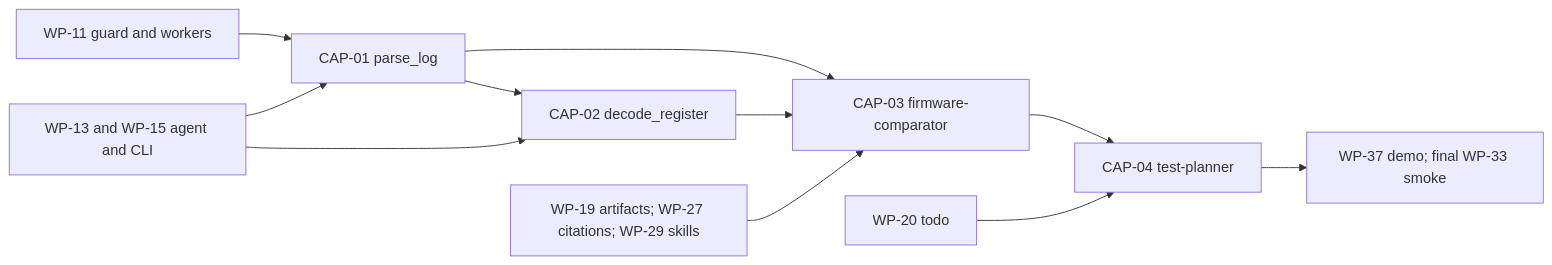
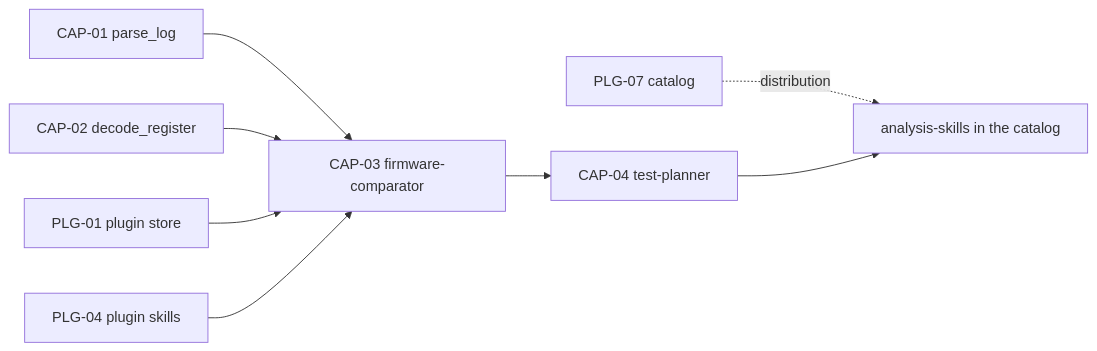
Before and after one commit to DDP-Engineering/2026_Virtual_Embedded_Rig_Assistant: the diagram in 00_Planning/capabilities/README.md, drawn with Mermaid. The commit also changed other lines of this file and 52 other files, not shown here.

````diff
--- a/00_Planning/capabilities/README.md
+++ b/00_Planning/capabilities/README.md
@@ -37,13 +33,10 @@
 ```mermaid
 flowchart LR
-  W11[WP-11 guard and workers] --> C1[CAP-01 parse_log]
-  C1 --> C2[CAP-02 decode_register]
-  W1315[WP-13 and WP-15 agent and CLI] --> C1
-  W1315 --> C2
-  C1 --> C3[CAP-03 firmware-comparator]
-  C2 --> C3
-  W192729[WP-19 artifacts; WP-27 citations; WP-29 skills] --> C3
+  C1[CAP-01 parse_log] --> C3[CAP-03 firmware-comparator]
+  C2[CAP-02 decode_register] --> C3
+  P01[PLG-01 plugin store] --> C3
+  P04[PLG-04 plugin skills] --> C3
   C3 --> C4[CAP-04 test-planner]
-  W20[WP-20 todo] --> C4
-  C4 --> W37[WP-37 demo; final WP-33 smoke]
+  P07[PLG-07 catalog] -. distribution .-> AS[analysis-skills in the catalog]
+  C4 --> AS
 ```
````
